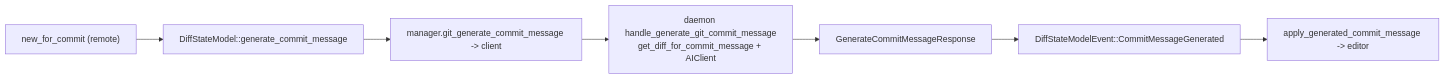
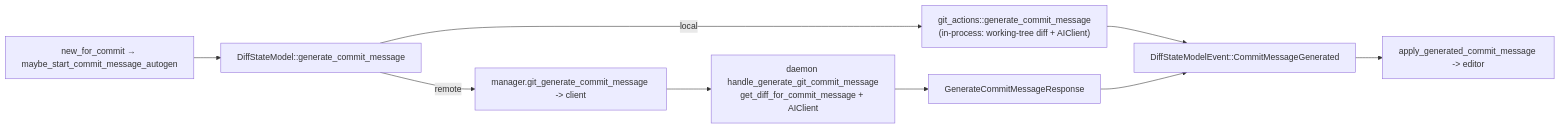
One commit to warpdotdev/warp changed the first of 2 diagrams in specs/remote-git-operations/TECH.md. Above: the diagram before and after it, drawn with Mermaid. The commit also changed other lines of this file and 10 other files, not shown here.

````diff
--- a/specs/remote-git-operations/TECH.md
+++ b/specs/remote-git-operations/TECH.md
@@ -83,9 +83,11 @@
 ```mermaid
 flowchart LR
-  Open["new_for_commit (remote)"] --> Gen["DiffStateModel::generate_commit_message"]
-  Gen --> Mgr["manager.git_generate_commit_message -> client"]
+  Open["new_for_commit → maybe_start_commit_message_autogen"] --> Gen["DiffStateModel::generate_commit_message"]
+  Gen -->|local| Loc["git_actions::generate_commit_message<br/>(in-process: working-tree diff + AIClient)"]
+  Gen -->|remote| Mgr["manager.git_generate_commit_message -> client"]
   Mgr --> Daemon["daemon handle_generate_git_commit_message<br/>get_diff_for_commit_message + AIClient"]
   Daemon --> Ev["GenerateCommitMessageResponse"]
-  Ev --> CMG["DiffStateModelEvent::CommitMessageGenerated"]
+  Loc --> CMG["DiffStateModelEvent::CommitMessageGenerated"]
+  Ev --> CMG
   CMG --> Editor["apply_generated_commit_message -> editor"]
 ```
````
